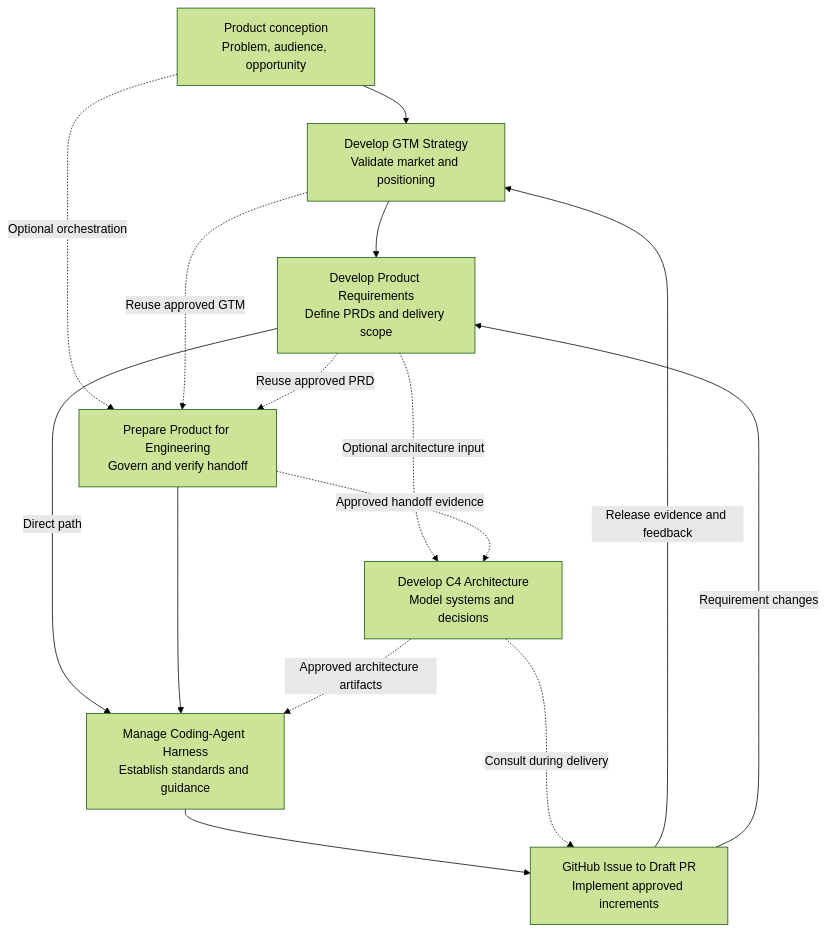
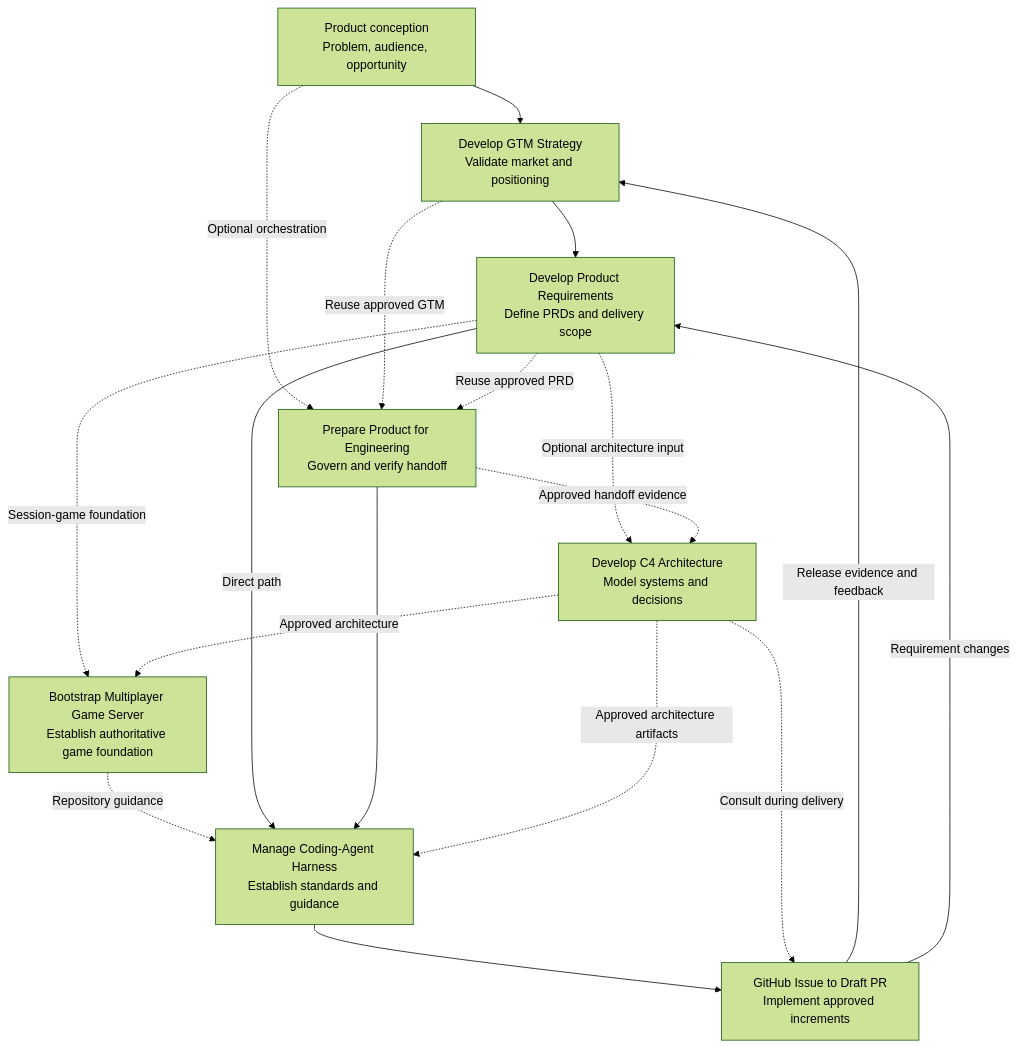
One commit to vladicaster/agent-skills changed the diagram in README.md. Above: the diagram before and after it, drawn with Mermaid (forest theme). The commit also changed other lines of this file and 19 other files, not shown here.

Commit message:
Add multiplayer game server bootstrap skill

````diff
--- a/README.md
+++ b/README.md
@@ -56,25 +58,29 @@
 ```mermaid
 flowchart TD
     A["Product conception<br/>Problem, audience, opportunity"]
     B["Develop GTM Strategy<br/>Validate market and positioning"]
     C["Develop Product Requirements<br/>Define PRDs and delivery scope"]
     D["Prepare Product for Engineering<br/>Govern and verify handoff"]
     E["Develop C4 Architecture<br/>Model systems and decisions"]
+    H["Bootstrap Multiplayer Game Server<br/>Establish authoritative game foundation"]
     F["Manage Coding-Agent Harness<br/>Establish standards and guidance"]
     G["GitHub Issue to Draft PR<br/>Implement approved increments"]
 
     A --> B
     B --> C
     A -.->|Optional orchestration| D
     B -.->|Reuse approved GTM| D
     C -.->|Reuse approved PRD| D
     C -.->|Optional architecture input| E
     D -.->|Approved handoff evidence| E
+    C -.->|Session-game foundation| H
+    E -.->|Approved architecture| H
+    H -.->|Repository guidance| F
     C -->|Direct path| F
     D --> F
     E -.->|Approved architecture artifacts| F
     F --> G
     E -.->|Consult during delivery| G
     G -->|Release evidence and feedback| B
     G -->|Requirement changes| C
 ```
````
